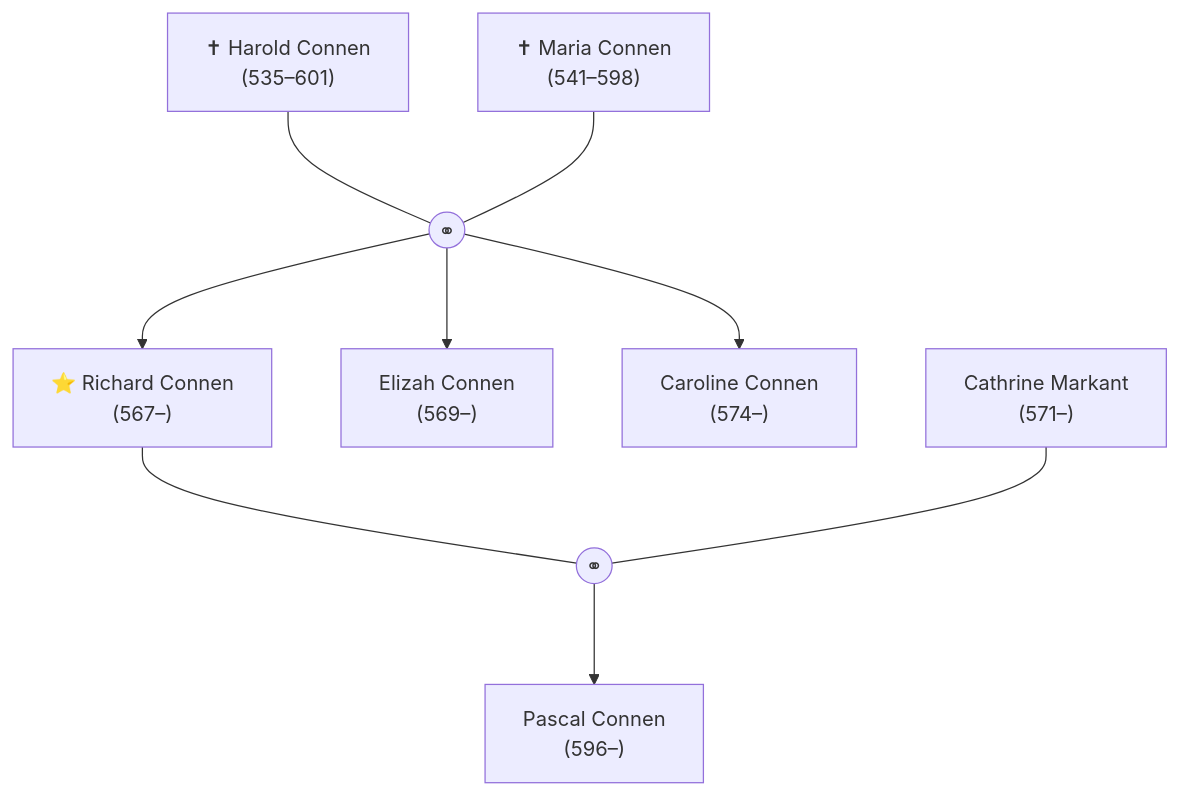
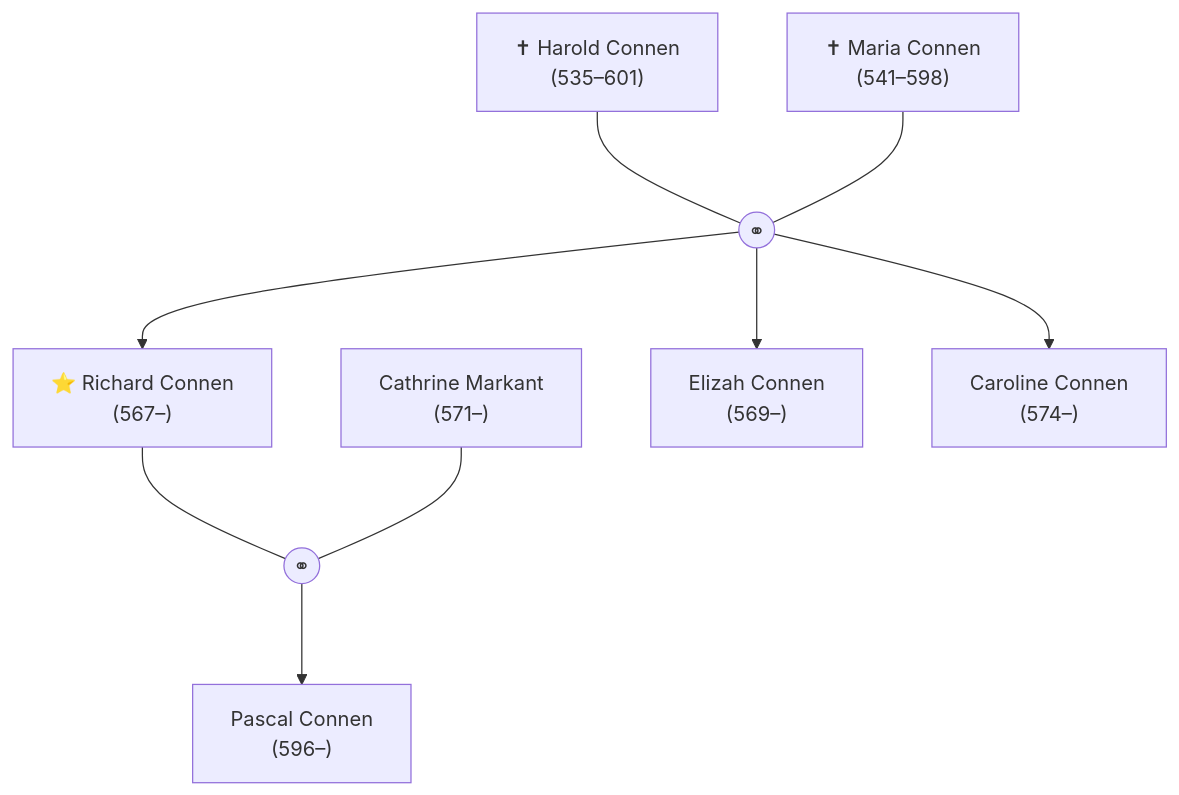
One commit to TheFabzie/book_lore changed the diagram in content/charaktere/familien/connen.md. Above: the diagram before and after it, drawn with Mermaid. The commit also changed other lines of this file, not shown here.

````diff
--- a/content/charaktere/familien/connen.md
+++ b/content/charaktere/familien/connen.md
@@ -7,40 +7,40 @@
 ```mermaid
 
 %%{init: {"flowchart": {"nodeSpacing": 55, "rankSpacing": 80}} }%%
 flowchart TB
 
 harold_connen["✝ Harold Connen<br/>(535–601)"]
+e1((⚭))
 maria_connen["✝ Maria Connen<br/>(541–598)"]
-e1((⚭))
 
 harold_connen --- e1
 maria_connen  --- e1
 
 richard_connen["⭐ Richard Connen<br/>(567–)"]
+e2((⚭))
+cathrine_markant["Cathrine Markant<br/>(571–)"]
 elizah_connen["Elizah Connen<br/>(569–)"]
 caroline_connen["Caroline Connen<br/>(574–)"]
 
 e1 --> richard_connen
 e1 --> elizah_connen
 e1 --> caroline_connen
 
-cathrine_markant["Cathrine Markant<br/>(571–)"]
-e2((⚭))
 
 richard_connen --- e2
 cathrine_markant --- e2
 
 pascal_connen["Pascal Connen<br/>(596–)"]
 e2 --> pascal_connen
 
 click harold_connen "/charaktere/harold-connen"
 click maria_connen "/charaktere/maria-connen"
 click richard_connen "/charaktere/richard-connen"
 click elizah_connen "/charaktere/elizah-connen"
 click caroline_connen "/charaktere/caroline-connen"
 click cathrine_markant "/charaktere/cathrine-markant"
 click pascal_connen "/charaktere/pascal-connen"
 
 
 
 ```
````
